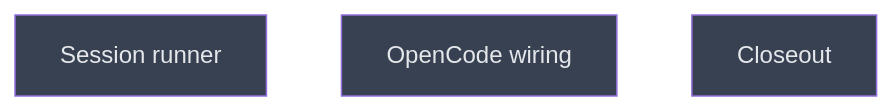
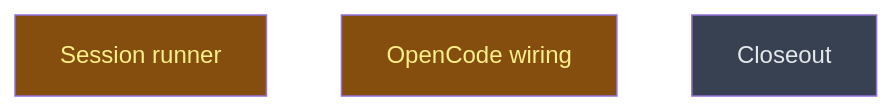
Before and after one commit to CrackingShells/Candler: the diagram in __roadmap__/m4-session-runner/traits/core/runs/README.md, drawn with Mermaid. The commit also changed other lines of this file, not shown here.

First line of the commit message:
rdm(runner): start l3, session_runner and opencode_wiring

````diff
--- a/__roadmap__/m4-session-runner/traits/core/runs/README.md
+++ b/__roadmap__/m4-session-runner/traits/core/runs/README.md
@@ -17,11 +17,11 @@
 ```mermaid
 graph TD
-    session_runner[Session runner]:::planned
-    opencode_wiring[OpenCode wiring]:::planned
+    session_runner[Session runner]:::inprogress
+    opencode_wiring[OpenCode wiring]:::inprogress
     closeout[Closeout]:::planned
     classDef done       fill:#166534,color:#bbf7d0
     classDef inprogress fill:#854d0e,color:#fef08a
     classDef planned    fill:#374151,color:#e5e7eb
     classDef amendment  fill:#1e3a5f,color:#bfdbfe
     classDef blocked    fill:#7f1d1d,color:#fecaca
 ```
````
